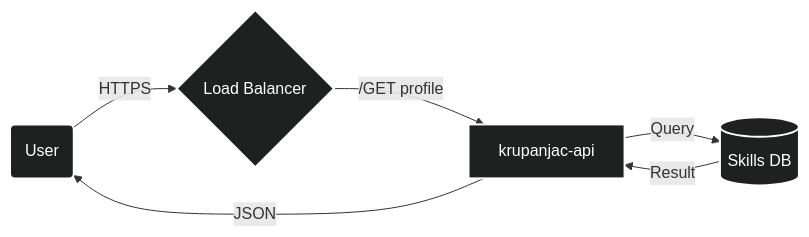
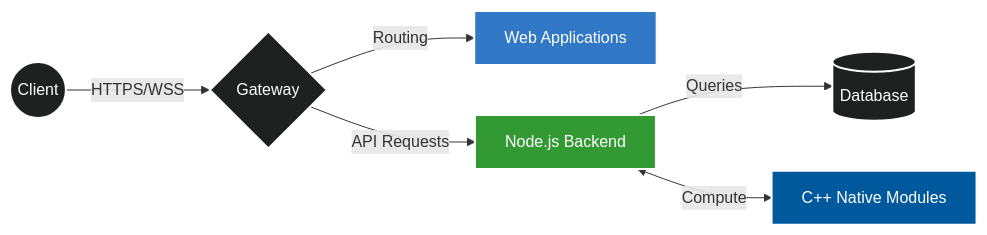
One commit to Krupanjac/krupanjac changed the diagram in README.md. Above: the diagram before and after it, drawn with Mermaid. The commit also changed other lines of this file, not shown here.

Commit message:
Update README.md with new profile content

````diff
--- a/README.md
+++ b/README.md
@@ -11,12 +14,15 @@
 ```mermaid
 graph LR
-    Client(User) -- HTTPS --> LB{Load Balancer}
-    LB -- /GET profile --> API[krupanjac-api]
-    API -- Query --> DB[(Skills DB)]
-    DB -- Result --> API
-    API -- JSON --> Client
-    style API fill:#1f2020,stroke:#fff,stroke-width:2px,color:#fff
+    User((Client)) -->|HTTPS/WSS| Gate{Gateway}
+    Gate -->|Routing| Web[Web Applications]
+    Gate -->|API Requests| Node[Node.js Backend]
+    Node -->|Queries| DB[(Database)]
+    Node <-->|Compute| CPP[C++ Native Modules]
+    
+    style Node fill:#339933,stroke:#fff,stroke-width:2px,color:#fff
+    style CPP fill:#00599C,stroke:#fff,stroke-width:2px,color:#fff
+    style Web fill:#3178C6,stroke:#fff,stroke-width:2px,color:#fff
+    style User fill:#1f2020,stroke:#fff,stroke-width:2px,color:#fff
+    style Gate fill:#1f2020,stroke:#fff,stroke-width:2px,color:#fff
     style DB fill:#1f2020,stroke:#fff,stroke-width:2px,color:#fff
-    style LB fill:#1f2020,stroke:#fff,stroke-width:2px,color:#fff
-    style Client fill:#1f2020,stroke:#fff,stroke-width:2px,color:#fff
 ```
````
